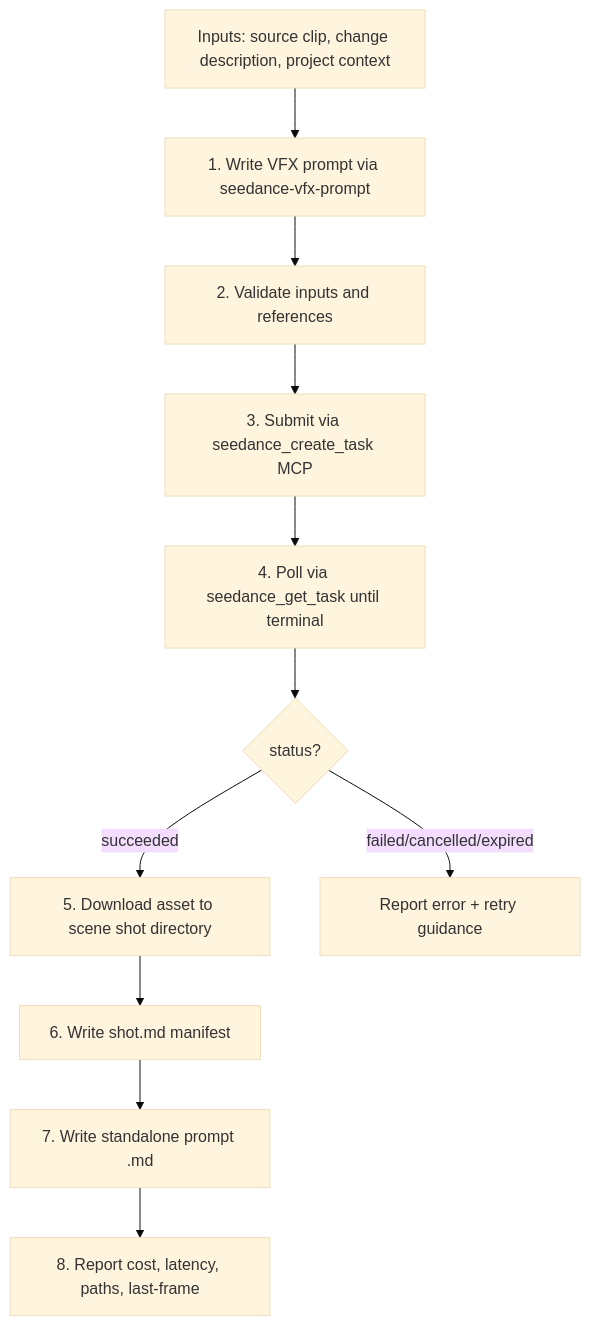
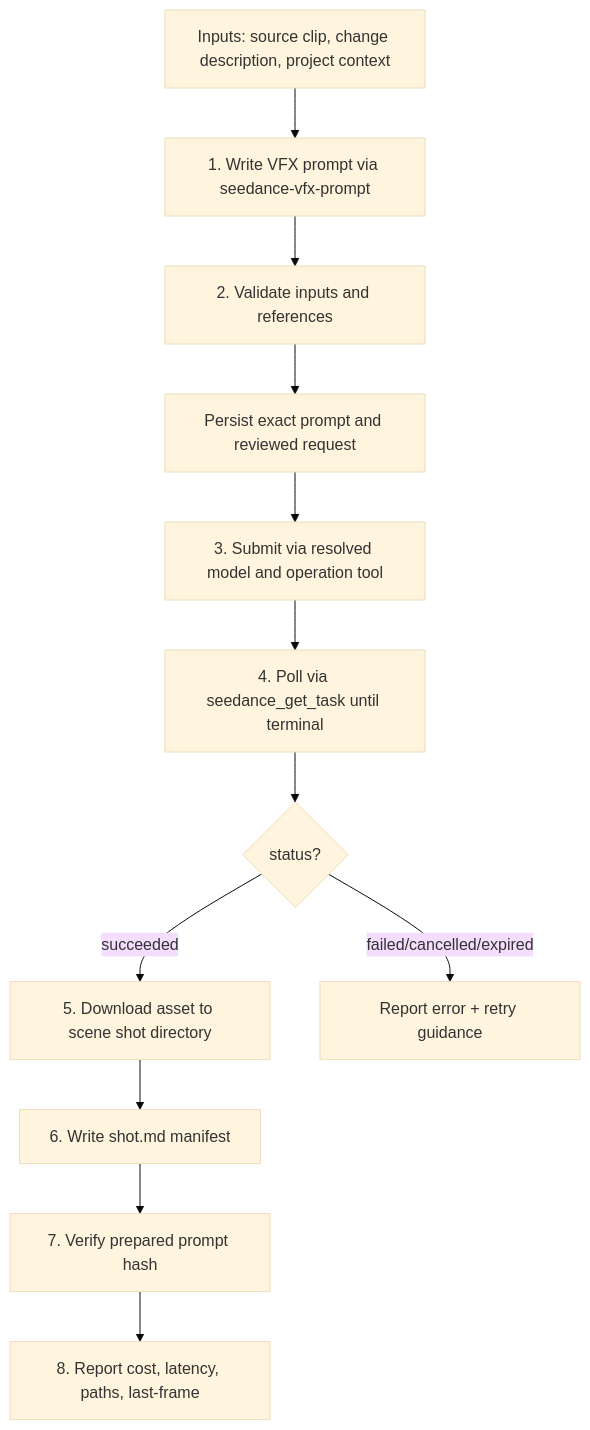
The diagram in .agents/skills/seedance-vfx-pipeline/SKILL.md (ArthurReimus-ByteDance/ark-director), drawn with Mermaid (base theme) before and after one commit. The commit also changed other lines of this file and 198 other files, not shown here.

````diff
--- a/.agents/skills/seedance-vfx-pipeline/SKILL.md
+++ b/.agents/skills/seedance-vfx-pipeline/SKILL.md
@@ -41,14 +68,15 @@
 ```mermaid
 flowchart TD
     IN[Inputs: source clip, change description, project context] --> PROMPT
     PROMPT[1. Write VFX prompt via seedance-vfx-prompt] --> VALIDATE
-    VALIDATE[2. Validate inputs and references] --> SUBMIT
-    SUBMIT[3. Submit via seedance_create_task MCP] --> POLL
+    VALIDATE[2. Validate inputs and references] --> PREPARE
+    PREPARE[Persist exact prompt and reviewed request] --> SUBMIT
+    SUBMIT[3. Submit via resolved model and operation tool] --> POLL
     POLL[4. Poll via seedance_get_task until terminal] --> CHECK
     CHECK{status?} -->|succeeded| SAVE
     CHECK -->|failed/cancelled/expired| ERROR[Report error + retry guidance]
     SAVE[5. Download asset to scene shot directory] --> MANIFEST
     MANIFEST[6. Write shot.md manifest] --> PROMPTFILE
-    PROMPTFILE[7. Write standalone prompt .md] --> REPORT
+    PROMPTFILE[7. Verify prepared prompt hash] --> REPORT
     REPORT[8. Report cost, latency, paths, last-frame]
 ```
````
